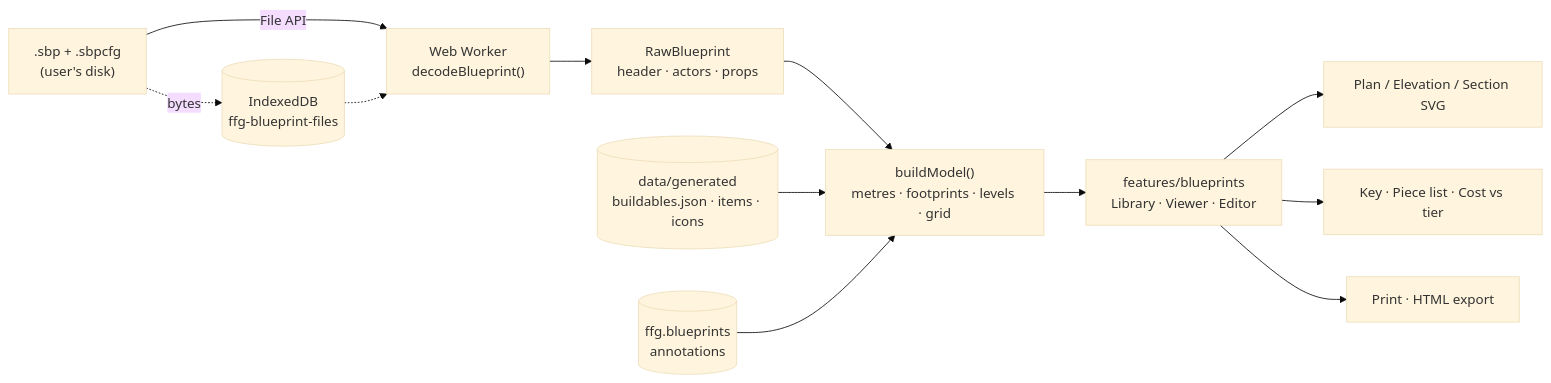
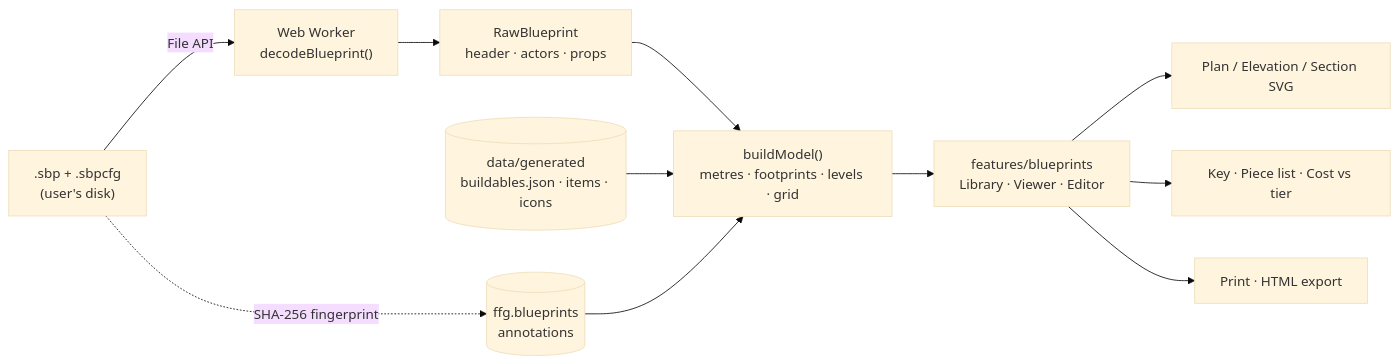
The first of 3 diagrams in docs/BLUEPRINTS_PLAN.md (solstice035/ficsit-field-guide), drawn with Mermaid (base theme) before and after one commit. The commit also changed other lines of this file and 2 other files, not shown here.

First line of the commit message:
📝 docs: record Blueprint Schematics decisions D1–D4 and fixture spec (B0)

````diff
--- a/docs/BLUEPRINTS_PLAN.md
+++ b/docs/BLUEPRINTS_PLAN.md
@@ -72,14 +72,13 @@
 ```mermaid
 flowchart LR
   F[".sbp + .sbpcfg<br/>(user's disk)"] -->|File API| W["Web Worker<br/>decodeBlueprint()"]
   W --> RAW["RawBlueprint<br/>header · actors · props"]
   RAW --> M["buildModel()<br/>metres · footprints · levels · grid"]
   D[("data/generated<br/>buildables.json · items · icons")] --> M
   A[("ffg.blueprints<br/>annotations")] --> M
   M --> V["features/blueprints<br/>Library · Viewer · Editor"]
   V --> P["Plan / Elevation / Section SVG"]
   V --> K["Key · Piece list · Cost vs tier"]
   V --> X["Print · HTML export"]
-  F -.->|bytes| IDB[("IndexedDB<br/>ffg-blueprint-files")]
-  IDB -.-> W
+  F -.->|SHA-256 fingerprint| A
 ```
````
